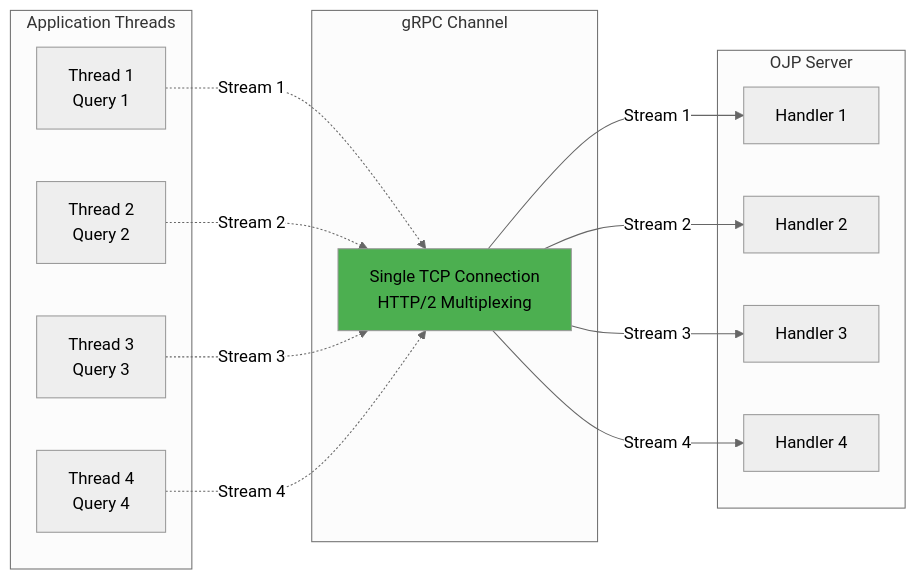
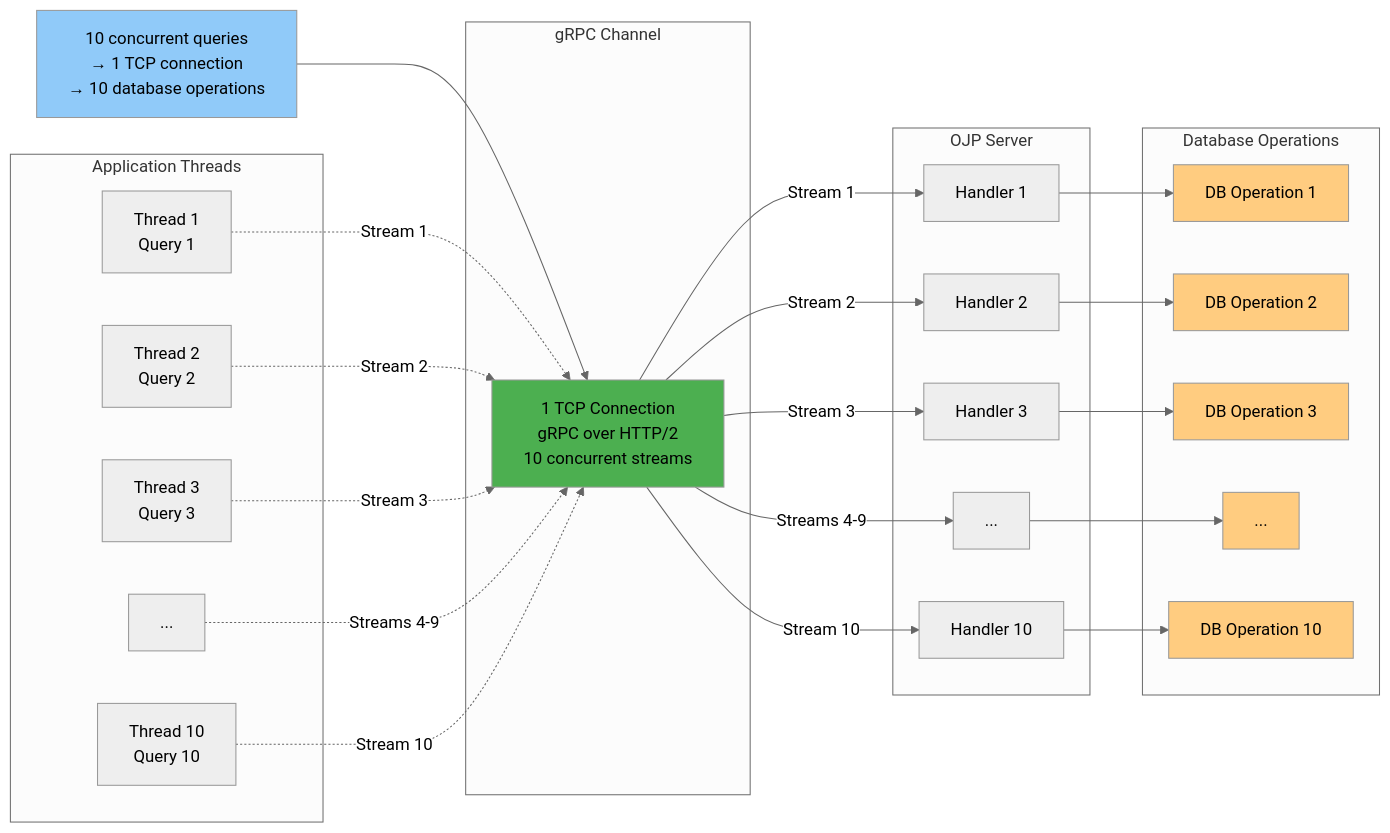
One commit to DominikZig/ojp changed the tenth of 19 diagrams in documents/ebook/part1-chapter2-architecture.md. Above: the diagram before and after it, drawn with Mermaid (neutral theme). The commit also changed other lines of this file and 1 other file, not shown here.

Commit message:
Refine chapter 2 architecture diagrams

````diff
--- a/documents/ebook/part1-chapter2-architecture.md
+++ b/documents/ebook/part1-chapter2-architecture.md
@@ -409,32 +517,59 @@
 ```mermaid
 graph LR
     subgraph "Application Threads"
     T1[Thread 1<br/>Query 1]
     T2[Thread 2<br/>Query 2]
     T3[Thread 3<br/>Query 3]
-    T4[Thread 4<br/>Query 4]
+    TM[...]
+    T10[Thread 10<br/>Query 10]
     end
-    
+
     subgraph "gRPC Channel"
-    CH[Single TCP Connection<br/>HTTP/2 Multiplexing]
+    CH[1 TCP Connection<br/>gRPC over HTTP/2<br/>10 concurrent streams]
     end
-    
+
     subgraph "OJP Server"
     S1[Handler 1]
     S2[Handler 2]
     S3[Handler 3]
-    S4[Handler 4]
+    SM[...]
+    S10[Handler 10]
     end
-    
+
+    subgraph "Database Operations"
+    DB1[DB Operation 1]
+    DB2[DB Operation 2]
+    DB3[DB Operation 3]
+    DBM[...]
+    DB10[DB Operation 10]
+    end
+
+    SUMMARY[10 concurrent queries<br/>→ 1 TCP connection<br/>→ 10 database operations]
+
+    SUMMARY --> CH
     T1 -.->|Stream 1| CH
     T2 -.->|Stream 2| CH
     T3 -.->|Stream 3| CH
-    T4 -.->|Stream 4| CH
-    
+    TM -.->|Streams 4-9| CH
+    T10 -.->|Stream 10| CH
+
     CH -->|Stream 1| S1
     CH -->|Stream 2| S2
     CH -->|Stream 3| S3
-    CH -->|Stream 4| S4
-    
+    CH -->|Streams 4-9| SM
+    CH -->|Stream 10| S10
+
+    S1 --> DB1
+    S2 --> DB2
+    S3 --> DB3
+    SM --> DBM
+    S10 --> DB10
+
+    style SUMMARY fill:#90caf9
     style CH fill:#4caf50
+    style DB1 fill:#ffcc80
+    style DB2 fill:#ffcc80
+    style DB3 fill:#ffcc80
+    style DBM fill:#ffcc80
+    style DB10 fill:#ffcc80
 ```
````
